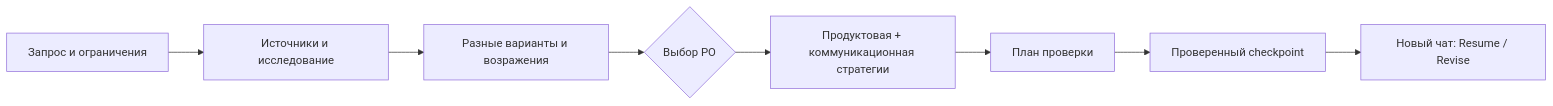
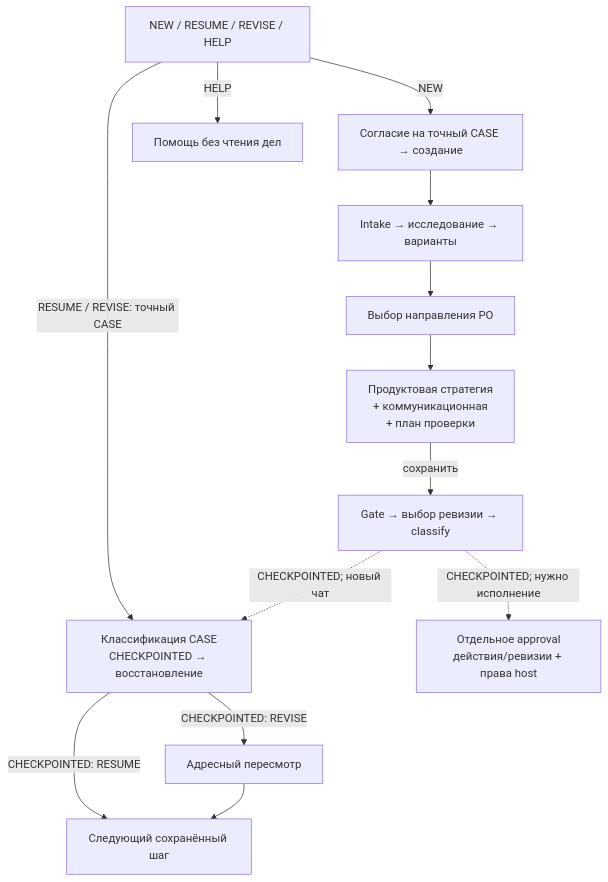
The diagram in README.md (EdYaRdx/megafon_hack), drawn with Mermaid before and after one commit. The commit also changed other lines of this file and 17 other files, not shown here.

````diff
--- a/README.md
+++ b/README.md
@@ -31,10 +31,16 @@
 ```mermaid
-flowchart LR
-  A["Запрос и ограничения"] --> B["Источники и исследование"]
-  B --> C["Разные варианты и возражения"]
-  C --> D{"Выбор PO"}
-  D --> E["Продуктовая + коммуникационная стратегии"]
-  E --> F["План проверки"]
-  F --> G["Проверенный checkpoint"]
-  G --> H["Новый чат: Resume / Revise"]
+flowchart TD
+  Q["NEW / RESUME / REVISE / HELP"]
+  Q -->|NEW| C["Согласие на точный CASE → создание"]
+  C --> E["Intake → исследование → варианты"]
+  E --> PO["Выбор направления PO"]
+  PO --> S["Продуктовая стратегия<br/>+ коммуникационная<br/>+ план проверки"]
+  S -->|сохранить| K["Gate → выбор ревизии → classify"]
+  Q -->|"RESUME / REVISE: точный CASE"| R["Классификация CASE<br/>CHECKPOINTED → восстановление"]
+  K -.->|"CHECKPOINTED; новый чат"| R
+  R -->|"CHECKPOINTED: RESUME"| N["Следующий сохранённый шаг"]
+  R -->|"CHECKPOINTED: REVISE"| U["Адресный пересмотр"]
+  U --> N
+  Q -->|HELP| H["Помощь без чтения дел"]
+  K -.->|"CHECKPOINTED; нужно исполнение"| A["Отдельное approval<br/>действия/ревизии + права host"]
 ```
````
